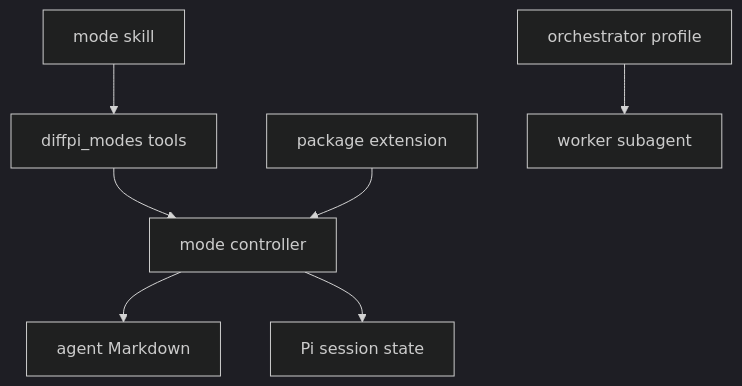
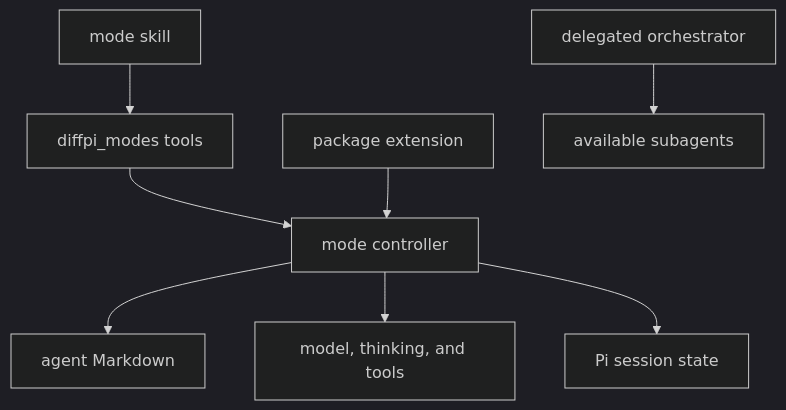
One commit to difflab-io/diffpi changed the diagram in docs/architecture/modes.md. Above: the diagram before and after it, drawn with Mermaid (dark theme). The commit also changed other lines of this file and 16 other files, not shown here.

````diff
--- a/docs/architecture/modes.md
+++ b/docs/architecture/modes.md
@@ -39,9 +43,10 @@
 ```mermaid
 graph TD
     Skill["mode skill"] --> Tools["diffpi_modes tools"]
     Tools --> Controller["mode controller"]
     Controller --> Profiles["agent Markdown"]
+    Controller --> Runtime["model, thinking, and tools"]
     Controller --> Session["Pi session state"]
     Extension["package extension"] --> Controller
-    Orchestrator["orchestrator profile"] --> Worker["worker subagent"]
+    Orchestrator["delegated orchestrator"] --> Agents["available subagents"]
 ```
````
